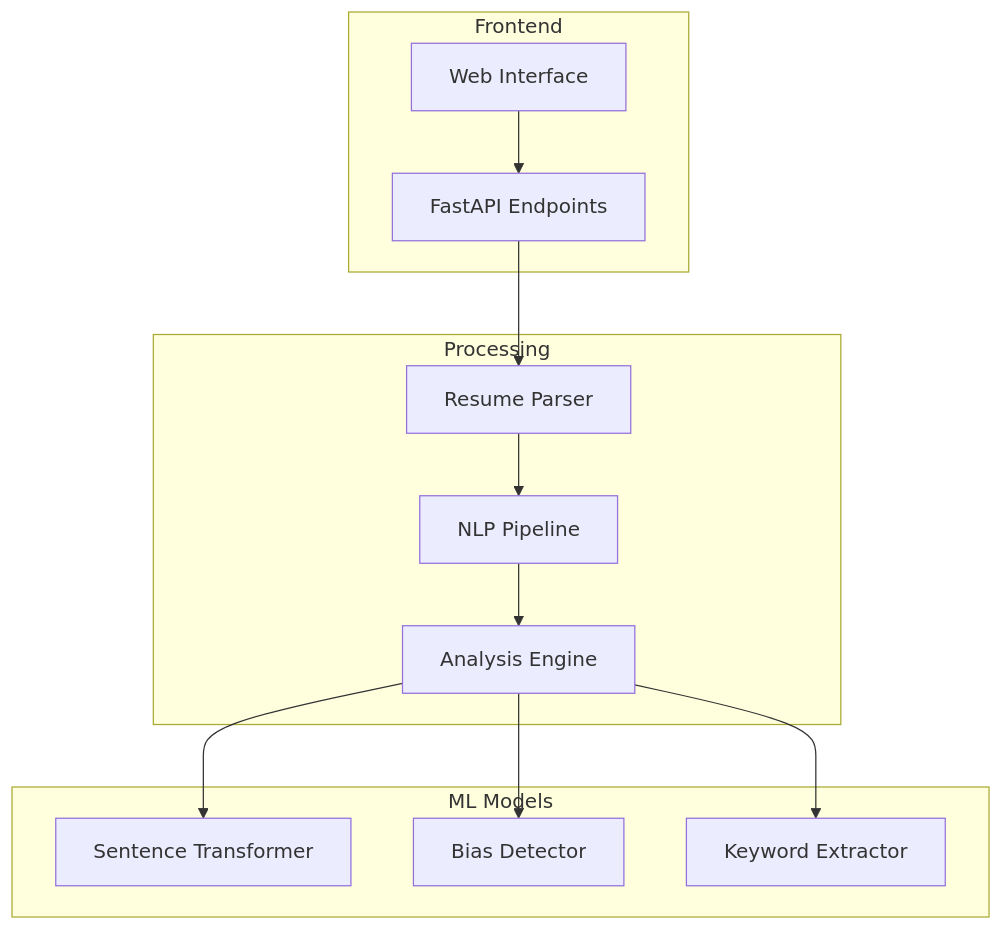
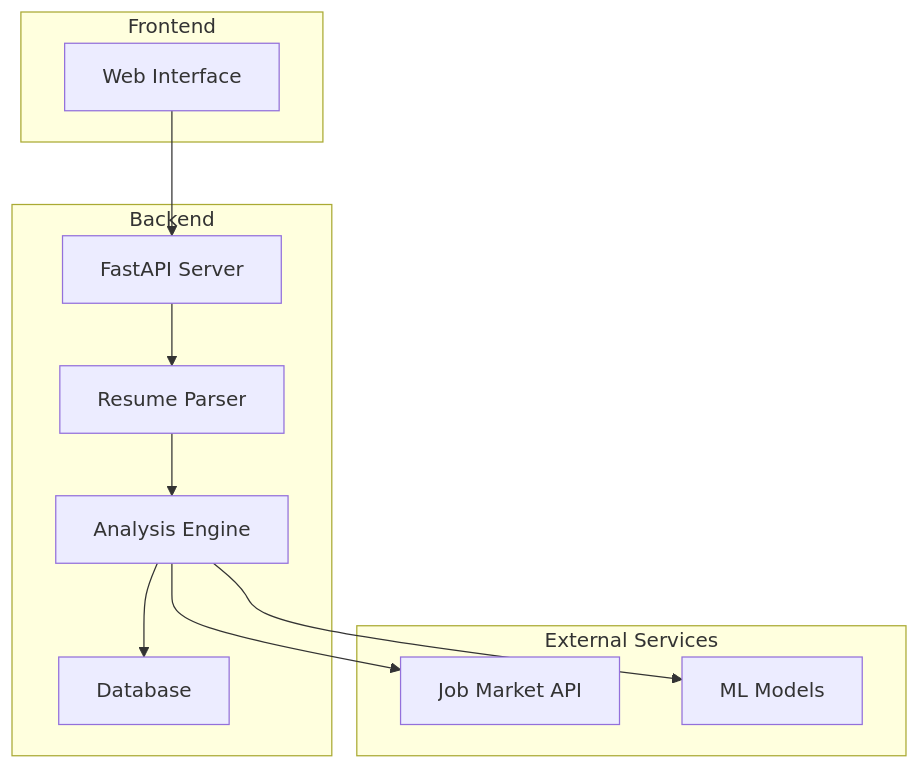
Before and after one commit to dawnenakey/resume-coach-rag: the sixth of 6 diagrams in docs/research_poster.md, drawn with Mermaid. The commit also changed other lines of this file, not shown here.

Commit message:
fix: Update research poster with corrected Mermaid diagrams and references

````diff
--- a/docs/research_poster.md
+++ b/docs/research_poster.md
@@ -114,18 +105,22 @@
 ```mermaid
-graph TB
+flowchart TB
     subgraph Frontend
-    A[Web Interface] --> B[FastAPI Endpoints]
+        A[Web Interface]
     end
-    
-    subgraph Processing
-    B --> C[Resume Parser]
-    C --> D[NLP Pipeline]
-    D --> E[Analysis Engine]
+    subgraph Backend
+        B[FastAPI Server]
+        C[Resume Parser]
+        D[Analysis Engine]
+        E[Database]
     end
-    
-    subgraph ML Models
-    E --> F[Sentence Transformer]
-    E --> G[Bias Detector]
-    E --> H[Keyword Extractor]
+    subgraph External Services
+        F[Job Market API]
+        G[ML Models]
     end
+    A --> B
+    B --> C
+    C --> D
+    D --> E
+    D --> F
+    D --> G
 ```
````
